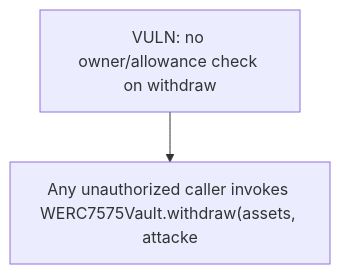
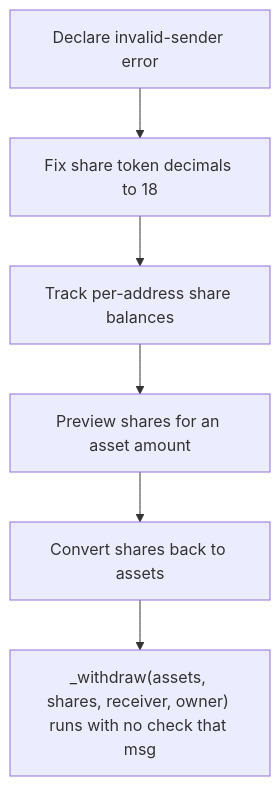
One commit to sanbir/evm-hack-registry changed the diagram in 65495-h-01-missing-authorization-check-allows-unauthorized-fund-wi_exp/65495-h-01-missing-authorization-check-allows-unauthorized-fund-wi_exp.md. Above: the diagram before and after it, drawn with Mermaid. The commit also changed other lines of this file and 79 other files, not shown here.

````diff
--- a/65495-h-01-missing-authorization-check-allows-unauthorized-fund-wi_exp/65495-h-01-missing-authorization-check-allows-unauthorized-fund-wi_exp.md
+++ b/65495-h-01-missing-authorization-check-allows-unauthorized-fund-wi_exp/65495-h-01-missing-authorization-check-allows-unauthorized-fund-wi_exp.md
@@ -28,6 +28,14 @@
 ```mermaid
 flowchart TD
-  S0["VULN: no owner/allowance check on withdraw"]
-  H["Any unauthorized caller invokes WERC7575Vault.withdraw(assets, attacke"]
-  S0 --> H
+  S0["Declare invalid-sender error"]
+  S1["Fix share token decimals to 18"]
+  S2["Track per-address share balances"]
+  S3["Preview shares for an asset amount"]
+  S4["Convert shares back to assets"]
+  H["_withdraw(assets, shares, receiver, owner) runs with no check that msg"]
+  S0 --> S1
+  S1 --> S2
+  S2 --> S3
+  S3 --> S4
+  S4 --> H
 ```
````
